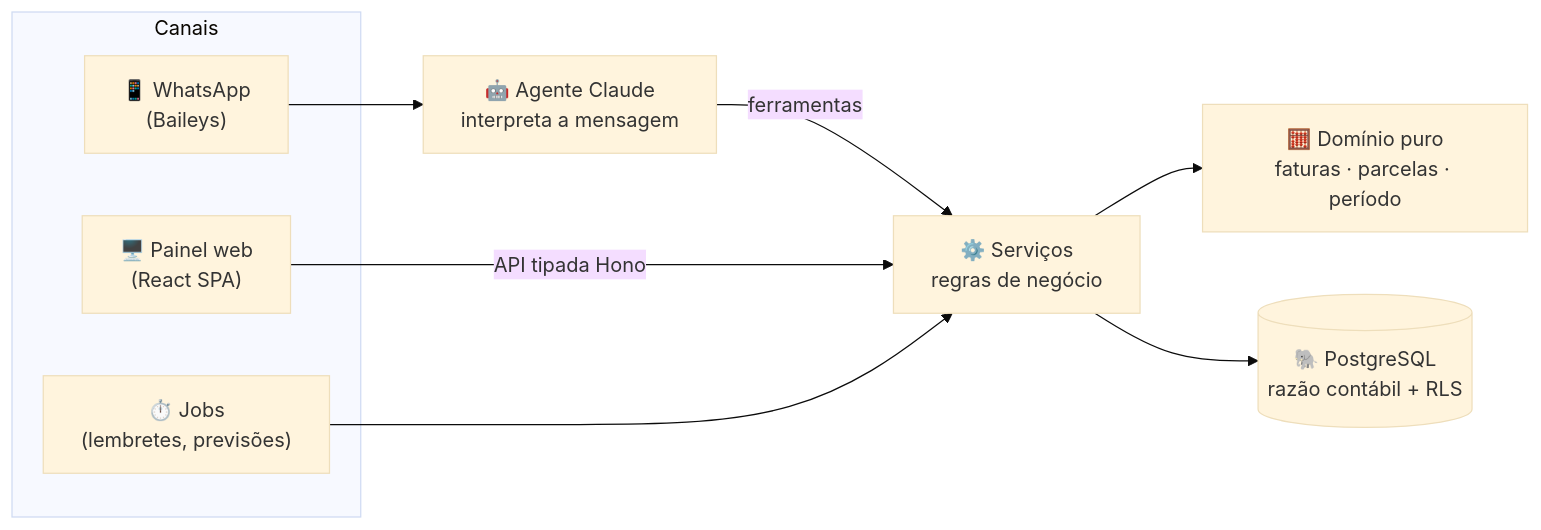
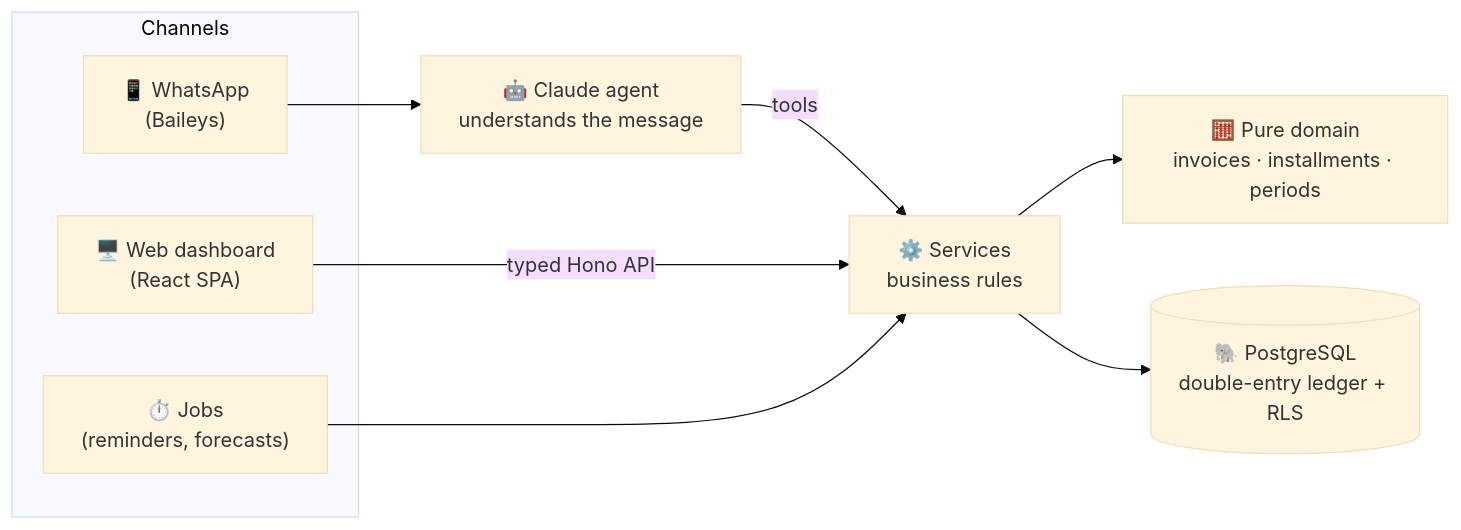
Before and after one commit to ricci-labs/financas: the diagram in README.md, drawn with Mermaid (base theme). The commit also changed other lines of this file and 1 other file, not shown here.

````diff
--- a/README.md
+++ b/README.md
@@ -73,16 +73,16 @@
 ```mermaid
 flowchart LR
-    subgraph Canais
+    subgraph Channels
         WA["📱 WhatsApp<br/>(Baileys)"]
-        WEB["🖥️ Painel web<br/>(React SPA)"]
-        JOBS["⏱️ Jobs<br/>(lembretes, previsões)"]
+        WEB["🖥️ Web dashboard<br/>(React SPA)"]
+        JOBS["⏱️ Jobs<br/>(reminders, forecasts)"]
     end
 
-    WA --> AGENT["🤖 Agente Claude<br/>interpreta a mensagem"]
-    AGENT -->|ferramentas| SVC
-    WEB -->|API tipada Hono| SVC
+    WA --> AGENT["🤖 Claude agent<br/>understands the message"]
+    AGENT -->|tools| SVC
+    WEB -->|typed Hono API| SVC
     JOBS --> SVC
 
-    SVC["⚙️ Serviços<br/>regras de negócio"] --> DOMAIN["🧮 Domínio puro<br/>faturas · parcelas · período"]
-    SVC --> DB[("🐘 PostgreSQL<br/>razão contábil + RLS")]
+    SVC["⚙️ Services<br/>business rules"] --> DOMAIN["🧮 Pure domain<br/>invoices · installments · periods"]
+    SVC --> DB[("🐘 PostgreSQL<br/>double-entry ledger + RLS")]
 ```
````
